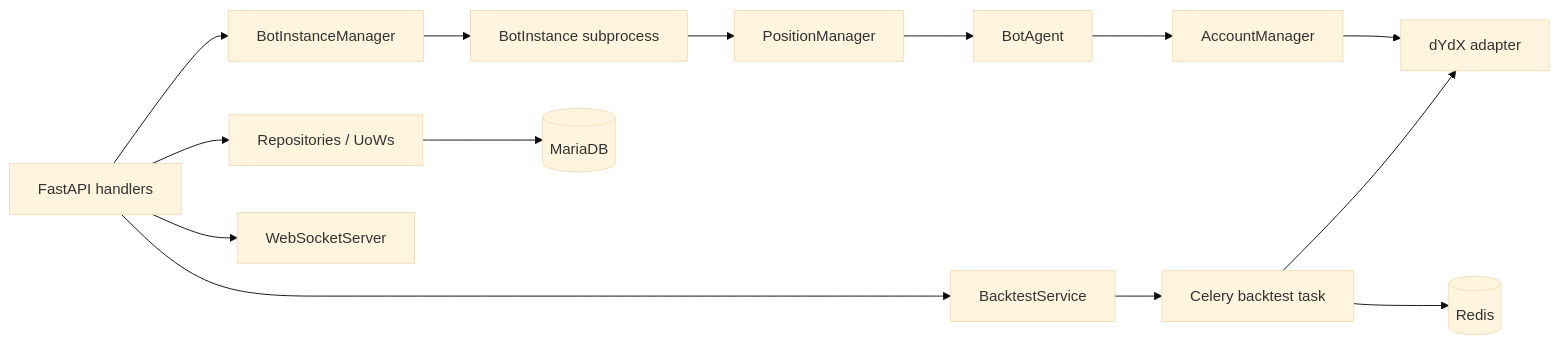
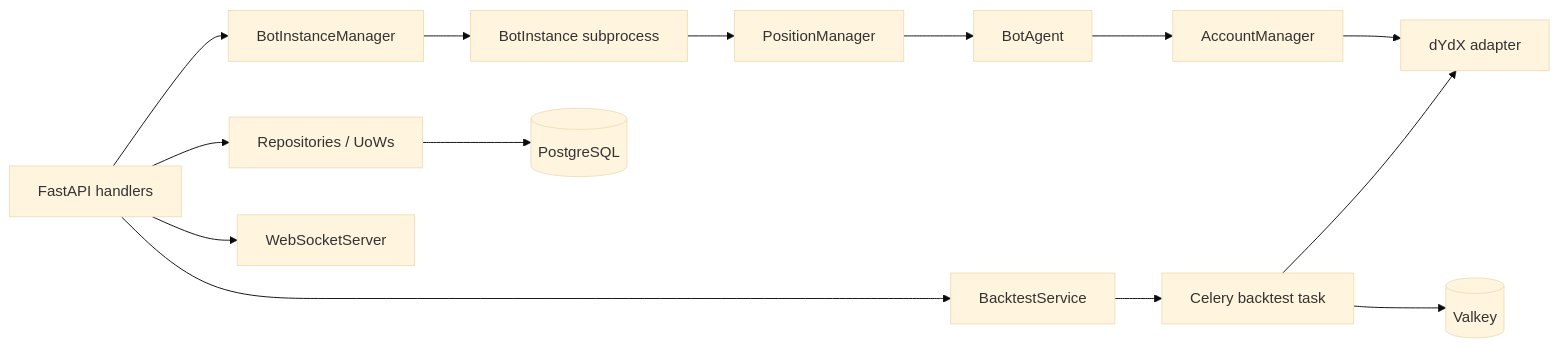
The diagram in bot/flows/services-inventory.md (cploutarchou/dydx-trading-bot), drawn with Mermaid (base theme) before and after one commit. The commit also changed other lines of this file and 51 other files, not shown here.

Commit message:
feat: update infrastructure configuration for PostgreSQL and Valkey integration

````diff
--- a/bot/flows/services-inventory.md
+++ b/bot/flows/services-inventory.md
@@ -71,16 +71,16 @@
 ```mermaid
 flowchart LR
   Routes[FastAPI handlers] --> UOW[Repositories / UoWs]
   Routes --> BIM[BotInstanceManager]
   Routes --> BTS[BacktestService]
   Routes --> WSS[WebSocketServer]
   BIM --> MI[BotInstance subprocess]
   MI --> PM[PositionManager]
   PM --> BA[BotAgent]
   BA --> AM[AccountManager]
   AM --> DX[dYdX adapter]
   BTS --> CT[Celery backtest task]
   CT --> DX
-  UOW --> DB[(MariaDB)]
-  CT --> Redis[(Redis)]
+  UOW --> DB[(PostgreSQL)]
+  CT --> Redis[(Valkey)]
 ```
````
